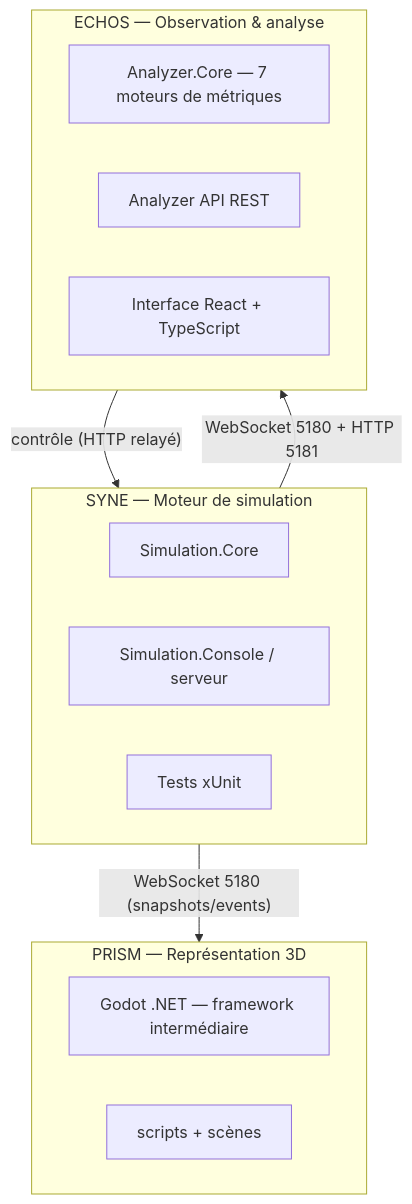
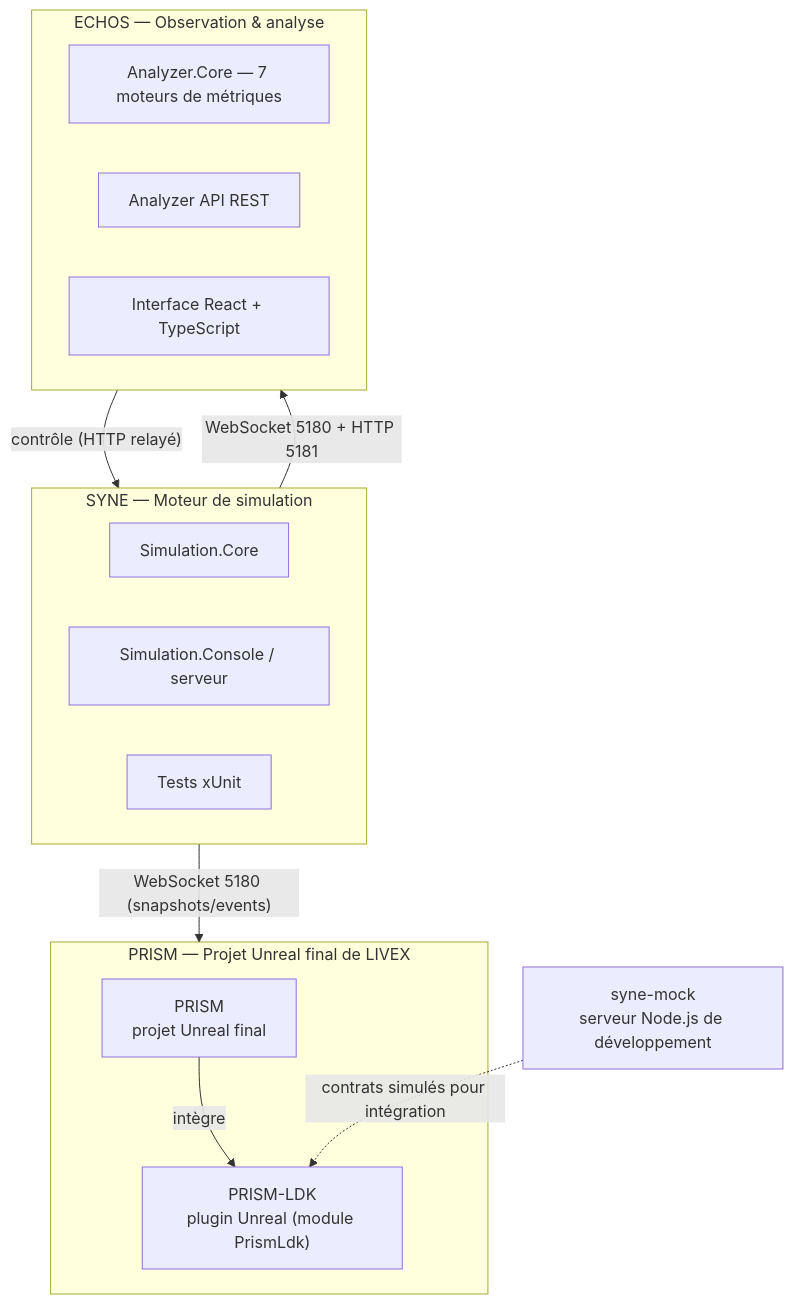
Before and after one commit to donovan-dev-web/LIVEX: the first of 2 diagrams in ARCHITECTURE.md, drawn with Mermaid. The commit also changed other lines of this file and 8 other files, not shown here.

````diff
--- a/ARCHITECTURE.md
+++ b/ARCHITECTURE.md
@@ -15,20 +15,23 @@
 ```mermaid
 flowchart TB
     subgraph SYNE["SYNE — Moteur de simulation"]
         CORE[Simulation.Core]
         CONSOLE[Simulation.Console / serveur]
         TESTS1[Tests xUnit]
     end
     subgraph ECHOS["ECHOS — Observation & analyse"]
         ACORE[Analyzer.Core — 7 moteurs de métriques]
         AAPI[Analyzer API REST]
         UI[Interface React + TypeScript]
     end
-    subgraph PRISM["PRISM — Représentation 3D"]
-        G[Godot .NET — framework intermédiaire]
-        SCRIPTS[scripts + scènes]
+    subgraph PRISM["PRISM — Projet Unreal final de LIVEX"]
+        APP["PRISM<br/>projet Unreal final"]
+        PLUGIN["PRISM-LDK<br/>plugin Unreal (module PrismLdk)"]
+        APP -->|"intègre"| PLUGIN
     end
+    MOCK["syne-mock<br/>serveur Node.js de développement"]
     SYNE -- "WebSocket 5180 + HTTP 5181" --> ECHOS
     SYNE -- "WebSocket 5180 (snapshots/events)" --> PRISM
+    MOCK -. "contrats simulés pour intégration" .-> PLUGIN
     ECHOS -- "contrôle (HTTP relayé)" --> SYNE
 ```
````
